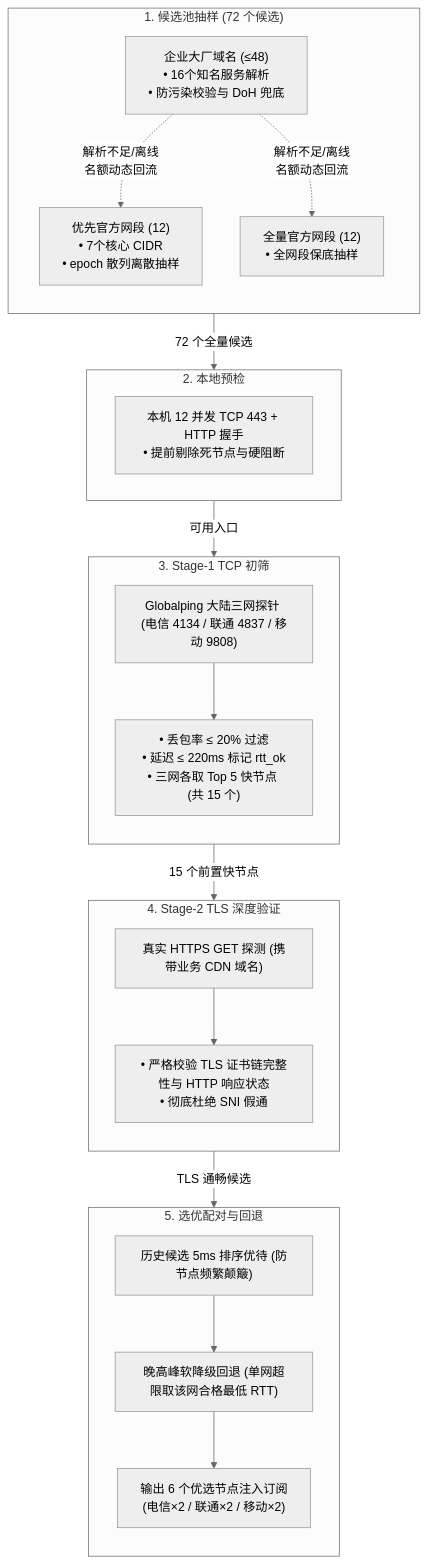
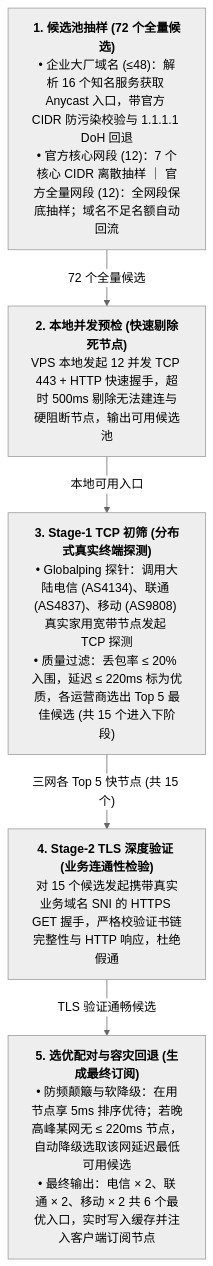
The diagram in README.md (v2yiz/easy_all), drawn with Mermaid (neutral theme) before and after one commit. The commit also changed 1 other file, not shown here.

Commit message:
docs: 优化 Cloudflare 优选 IP 流程图布局，拓宽节点并精简层级

````diff
--- a/README.md
+++ b/README.md
@@ -132,41 +132,17 @@
 ```mermaid
 flowchart TD
-    subgraph Stage1["1. 候选池抽样 (72 个候选)"]
-        direction TB
-        A1["企业大厂域名 (≤48)<br/>• 16个知名服务解析<br/>• 防污染校验与 DoH 兜底"]
-        A2["优先官方网段 (12)<br/>• 7个核心 CIDR<br/>• epoch 散列离散抽样"]
-        A3["全量官方网段 (12)<br/>• 全网段保底抽样"]
-        A1 -.->|"解析不足/离线<br/>名额动态回流"| A2 & A3
-    end
+    S1["<b>1. 候选池抽样 (72 个全量候选)</b><br/>• 企业大厂域名 (≤48)：解析 16 个知名服务获取 Anycast 入口，带官方 CIDR 防污染校验与 1.1.1.1 DoH 回退<br/>• 官方核心网段 (12)：7 个核心 CIDR 离散抽样 ｜ 官方全量网段 (12)：全网段保底抽样；域名不足名额自动回流"]
 
-    subgraph Stage2["2. 本地预检"]
-        B["本机 12 并发 TCP 443 + HTTP 握手<br/>• 提前剔除死节点与硬阻断"]
-    end
+    S2["<b>2. 本地并发预检 (快速剔除死节点)</b><br/>VPS 本地发起 12 并发 TCP 443 + HTTP 快速握手，超时 500ms 剔除无法建连与硬阻断节点，输出可用候选池"]
 
-    subgraph Stage3["3. Stage-1 TCP 初筛"]
-        direction TB
-        C1["Globalping 大陆三网探针 (电信 4134 / 联通 4837 / 移动 9808)"]
-        C2["• 丢包率 ≤ 20% 过滤<br/>• 延迟 ≤ 220ms 标记 rtt_ok<br/>• 三网各取 Top 5 快节点 (共 15 个)"]
-        C1 --> C2
-    end
+    S3["<b>3. Stage-1 TCP 初筛 (分布式真实终端探测)</b><br/>• Globalping 探针：调用大陆电信 (AS4134)、联通 (AS4837)、移动 (AS9808) 真实家用宽带节点发起 TCP 探测<br/>• 质量过滤：丢包率 ≤ 20% 入围，延迟 ≤ 220ms 标为优质，各运营商选出 Top 5 最佳候选 (共 15 个进入下阶段)"]
 
-    subgraph Stage4["4. Stage-2 TLS 深度验证"]
-        direction TB
-        D1["真实 HTTPS GET 探测 (携带业务 CDN 域名)"]
-        D2["• 严格校验 TLS 证书链完整性与 HTTP 响应状态<br/>• 彻底杜绝 SNI 假通"]
-        D1 --> D2
-    end
+    S4["<b>4. Stage-2 TLS 深度验证 (业务连通性检验)</b><br/>对 15 个候选发起携带真实业务域名 SNI 的 HTTPS GET 握手，严格校验证书链完整性与 HTTP 响应，杜绝假通"]
 
-    subgraph Stage5["5. 选优配对与回退"]
-        direction TB
-        E1["历史候选 5ms 排序优待 (防节点频繁颠簸)"]
-        E2["晚高峰软降级回退 (单网超限取该网合格最低 RTT)"]
-        OUT["输出 6 个优选节点注入订阅<br/>(电信×2 / 联通×2 / 移动×2)"]
-        E1 --> E2 --> OUT
-    end
+    S5["<b>5. 选优配对与容灾回退 (生成最终订阅)</b><br/>• 防频颠簸与软降级：在用节点享 5ms 排序优待；若晚高峰某网无 ≤ 220ms 节点，自动降级选取该网延迟最低可用候选<br/>• 最终输出：电信 × 2、联通 × 2、移动 × 2 共 6 个最优入口，实时写入缓存并注入客户端订阅节点"]
 
-    Stage1 -->|"72 个全量候选"| Stage2
-    Stage2 -->|"可用入口"| Stage3
-    Stage3 -->|"15 个前置快节点"| Stage4
-    Stage4 -->|"TLS 通畅候选"| Stage5
+    S1 -->|"72 个全量候选"| S2
+    S2 -->|"本地可用入口"| S3
+    S3 -->|"三网各 Top 5 快节点 (共 15 个)"| S4
+    S4 -->|"TLS 验证通畅候选"| S5
 ```
````
